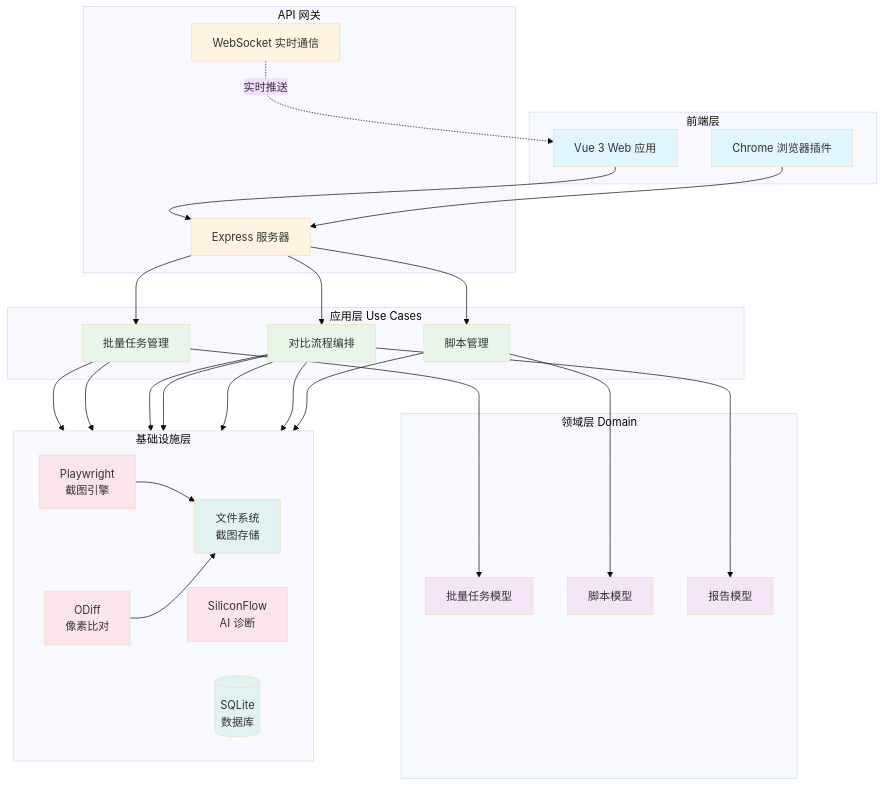
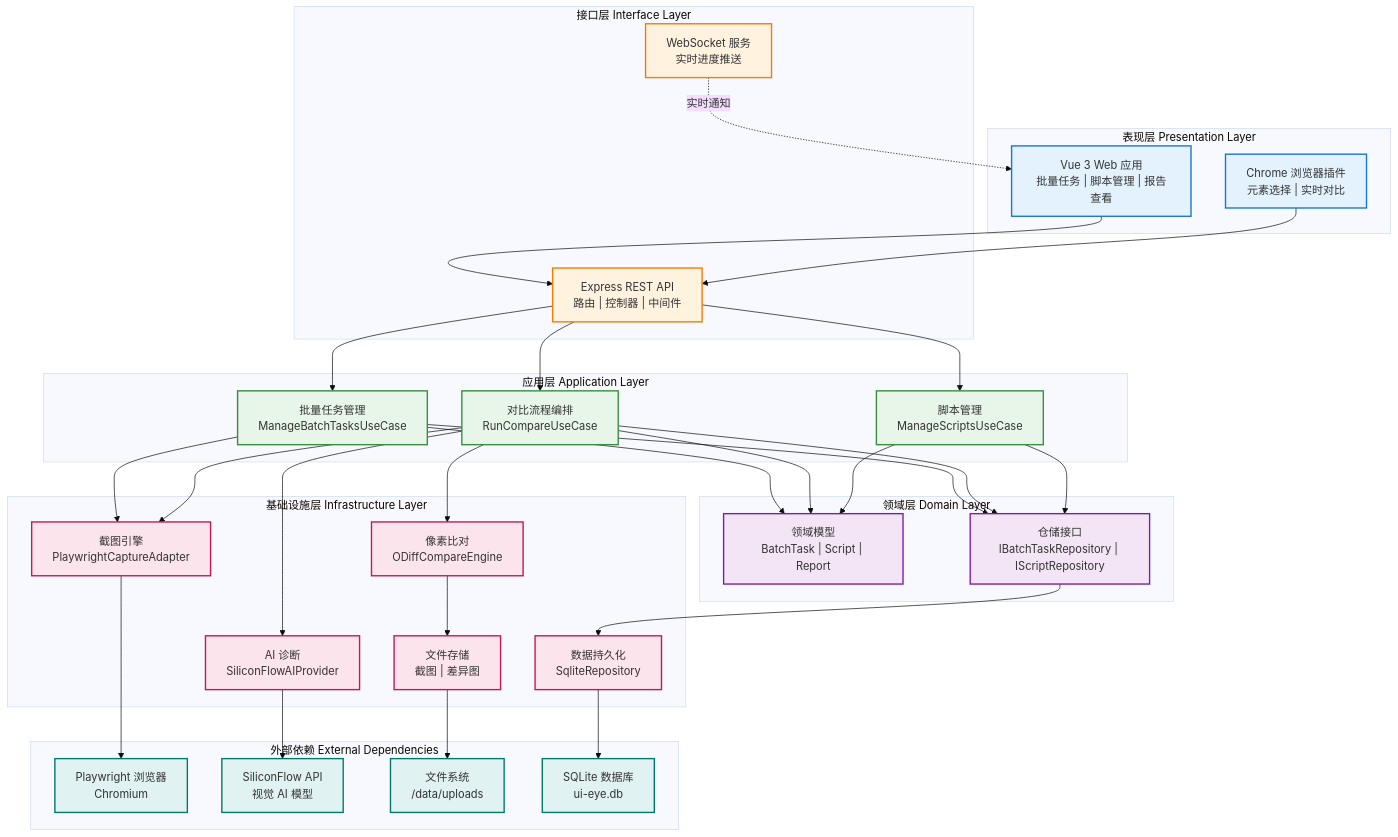
One commit to liyongshun1018/UI-Eye changed the first of 4 diagrams in docs/项目架构文档.md. Above: the diagram before and after it, drawn with Mermaid (base theme). The commit also changed other lines of this file, not shown here.

Commit message:
refactor: 重构系统架构图为清晰的分层视图

````diff
--- a/docs/项目架构文档.md
+++ b/docs/项目架构文档.md
@@ -11,69 +11,73 @@
 ```mermaid
-graph TB
-    subgraph "前端层"
-        Web[Vue 3 Web 应用]
-        Plugin[Chrome 浏览器插件]
+graph TD
+    subgraph Layer1["表现层 Presentation Layer"]
+        Web["Vue 3 Web 应用<br/>批量任务 | 脚本管理 | 报告查看"]
+        Plugin["Chrome 浏览器插件<br/>元素选择 | 实时对比"]
     end
-
-    subgraph "API 网关"
-        API[Express 服务器]
-        WS[WebSocket 实时通信]
+    
+    subgraph Layer2["接口层 Interface Layer"]
+        API["Express REST API<br/>路由 | 控制器 | 中间件"]
+        WS["WebSocket 服务<br/>实时进度推送"]
     end
-
-    subgraph "应用层 Use Cases"
-        UC1[批量任务管理]
-        UC2[对比流程编排]
-        UC3[脚本管理]
+    
+    subgraph Layer3["应用层 Application Layer"]
+        UC1["批量任务管理<br/>ManageBatchTasksUseCase"]
+        UC2["对比流程编排<br/>RunCompareUseCase"]
+        UC3["脚本管理<br/>ManageScriptsUseCase"]
     end
-
-    subgraph "领域层 Domain"
-        M1[批量任务模型]
-        M2[脚本模型]
-        M3[报告模型]
+    
+    subgraph Layer4["领域层 Domain Layer"]
+        Model["领域模型<br/>BatchTask | Script | Report"]
+        Repo["仓储接口<br/>IBatchTaskRepository | IScriptRepository"]
     end
-
-    subgraph "基础设施层"
-        direction LR
-        Playwright[Playwright<br/>截图引擎]
-        ODiff[ODiff<br/>像素比对]
-        AI[SiliconFlow<br/>AI 诊断]
-        DB[(SQLite<br/>数据库)]
-        FS[文件系统<br/>截图存储]
+    
+    subgraph Layer5["基础设施层 Infrastructure Layer"]
+        Capture["截图引擎<br/>PlaywrightCaptureAdapter"]
+        Compare["像素比对<br/>ODiffCompareEngine"]
+        AI["AI 诊断<br/>SiliconFlowAIProvider"]
+        DB["数据持久化<br/>SqliteRepository"]
+        Storage["文件存储<br/>截图 | 差异图"]
     end
-
+    
+    subgraph Layer6["外部依赖 External Dependencies"]
+        Browser["Playwright 浏览器<br/>Chromium"]
+        AIService["SiliconFlow API<br/>视觉 AI 模型"]
+        FileSystem["文件系统<br/>/data/uploads"]
+        Database["SQLite 数据库<br/>ui-eye.db"]
+    end
+    
+    %% 层级关系
     Web --> API
     Plugin --> API
     API --> UC1 & UC2 & UC3
-    WS -.实时推送.-> Web
+    WS -.实时通知.-> Web
     
-    UC1 --> M1
-    UC2 --> M3
-    UC3 --> M2
+    UC1 & UC2 & UC3 --> Model
+    UC1 & UC2 & UC3 --> Repo
     
-    UC1 --> Playwright
-    UC1 --> DB
-    UC2 --> Playwright
-    UC2 --> ODiff
+    Repo --> DB
+    UC1 & UC2 --> Capture
+    UC2 --> Compare
     UC2 --> AI
-    UC2 --> DB
-    UC3 --> DB
     
-    Playwright --> FS
-    ODiff --> FS
+    Capture --> Browser
+    Compare --> Storage
+    AI --> AIService
+    DB --> Database
+    Storage --> FileSystem
     
-    style Web fill:#e1f5ff
-    style Plugin fill:#e1f5ff
-    style API fill:#fff4e1
-    style WS fill:#fff4e1
-    style UC1 fill:#e8f5e9
-    style UC2 fill:#e8f5e9
-    style UC3 fill:#e8f5e9
-    style M1 fill:#f3e5f5
-    style M2 fill:#f3e5f5
-    style M3 fill:#f3e5f5
-    style Playwright fill:#fce4ec
-    style ODiff fill:#fce4ec
-    style AI fill:#fce4ec
-    style DB fill:#e0f2f1
-    style FS fill:#e0f2f1
+    %% 样式
+    classDef layer1 fill:#e3f2fd,stroke:#1976d2,stroke-width:2px
+    classDef layer2 fill:#fff3e0,stroke:#f57c00,stroke-width:2px
+    classDef layer3 fill:#e8f5e9,stroke:#388e3c,stroke-width:2px
+    classDef layer4 fill:#f3e5f5,stroke:#7b1fa2,stroke-width:2px
+    classDef layer5 fill:#fce4ec,stroke:#c2185b,stroke-width:2px
+    classDef layer6 fill:#e0f2f1,stroke:#00796b,stroke-width:2px
+    
+    class Web,Plugin layer1
+    class API,WS layer2
+    class UC1,UC2,UC3 layer3
+    class Model,Repo layer4
+    class Capture,Compare,AI,DB,Storage layer5
+    class Browser,AIService,FileSystem,Database layer6
 ```
````
